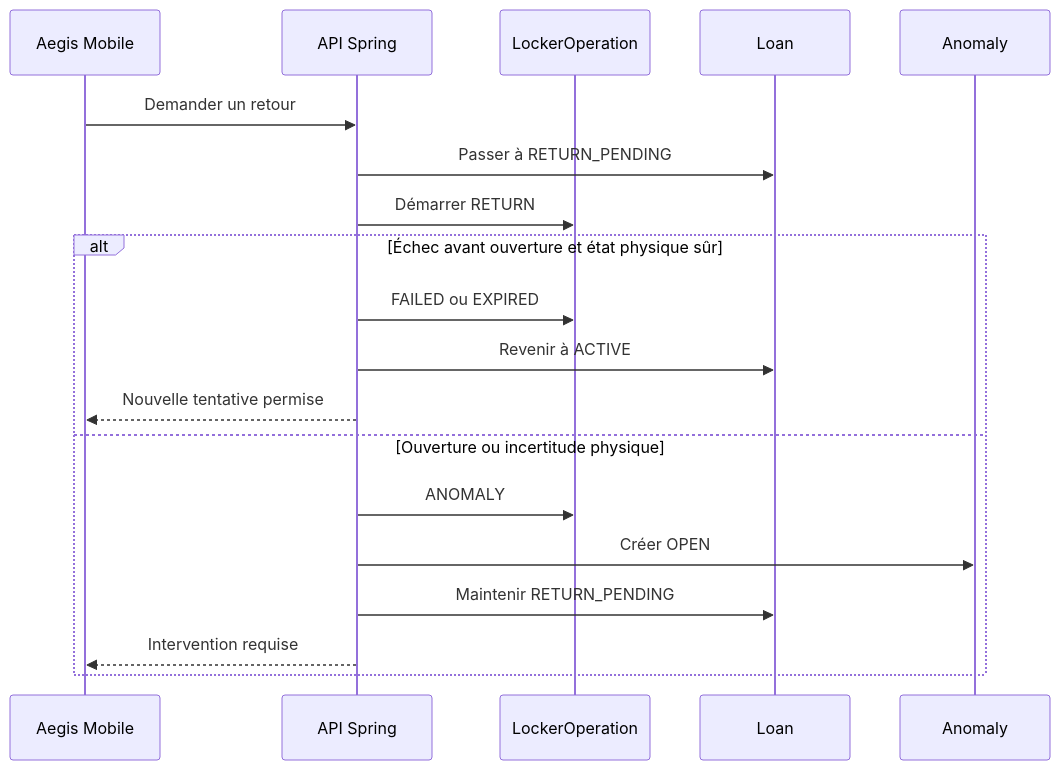
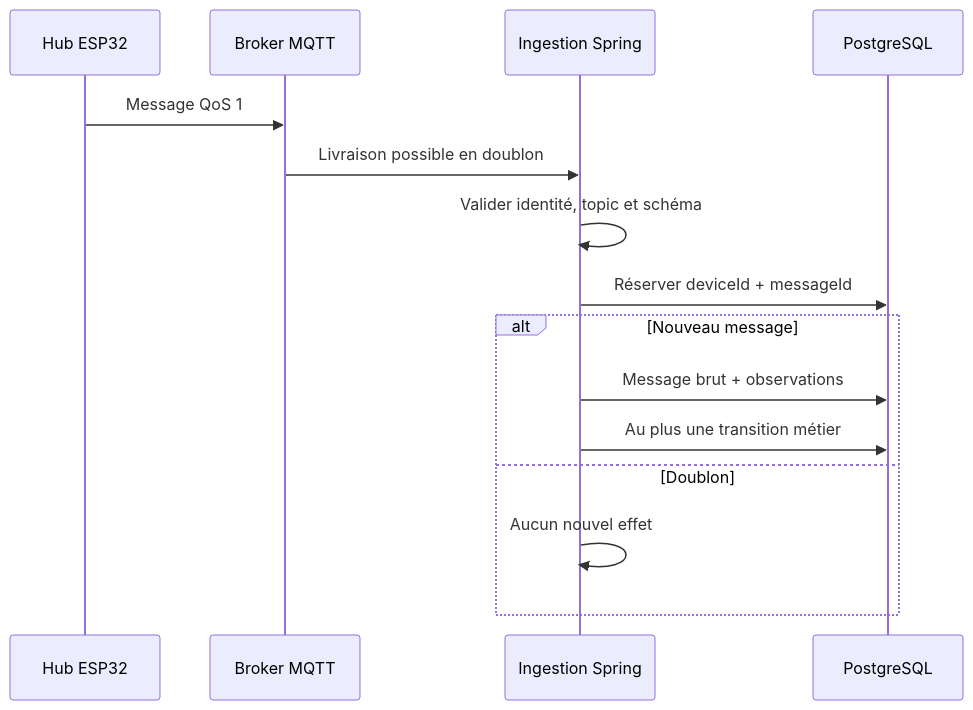
Before and after one commit to PhilJordan18/aegis: the diagram in docs/cahier-conception/05-machines-a-etats.md, drawn with Mermaid. The commit also changed other lines of this file, not shown here.

Commit message:
Update fmt.Println message from 'Hello' to 'Goodbye'

````diff
--- a/docs/cahier-conception/05-machines-a-etats.md
+++ b/docs/cahier-conception/05-machines-a-etats.md
@@ -166,22 +727,18 @@
 ```mermaid
 sequenceDiagram
-    participant M as Aegis Mobile
-    participant A as API Spring
-    participant O as LockerOperation
-    participant L as Loan
-    participant N as Anomaly
+    participant H as Hub ESP32
+    participant B as Broker MQTT
+    participant A as Ingestion Spring
+    participant D as PostgreSQL
 
-    M->>A: Demander un retour
-    A->>L: Passer à RETURN_PENDING
-    A->>O: Démarrer RETURN
-    alt Échec avant ouverture et état physique sûr
-        A->>O: FAILED ou EXPIRED
-        A->>L: Revenir à ACTIVE
-        A-->>M: Nouvelle tentative permise
-    else Ouverture ou incertitude physique
-        A->>O: ANOMALY
-        A->>N: Créer OPEN
-        A->>L: Maintenir RETURN_PENDING
-        A-->>M: Intervention requise
+    H->>B: Message QoS 1
+    B->>A: Livraison possible en doublon
+    A->>A: Valider identité, topic et schéma
+    A->>D: Réserver deviceId + messageId
+    alt Nouveau message
+        A->>D: Message brut + observations
+        A->>D: Au plus une transition métier
+    else Doublon
+        A->>A: Aucun nouvel effet
     end
 ```
````
